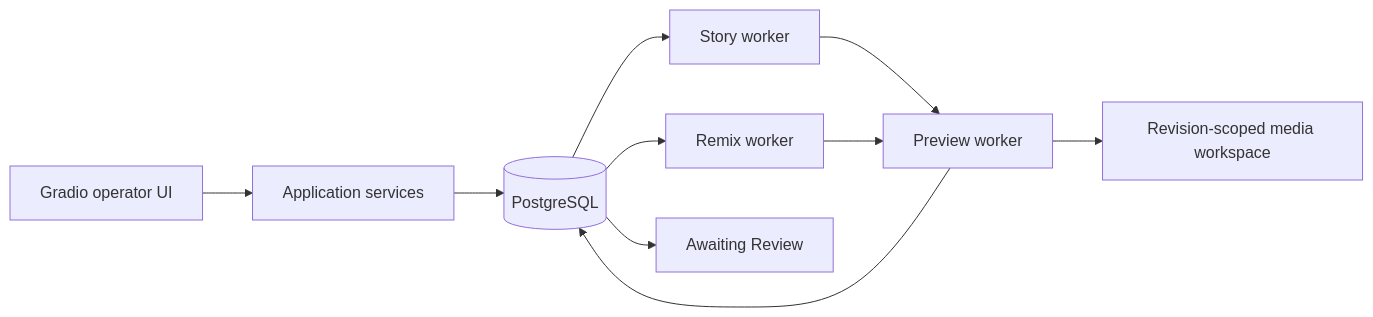
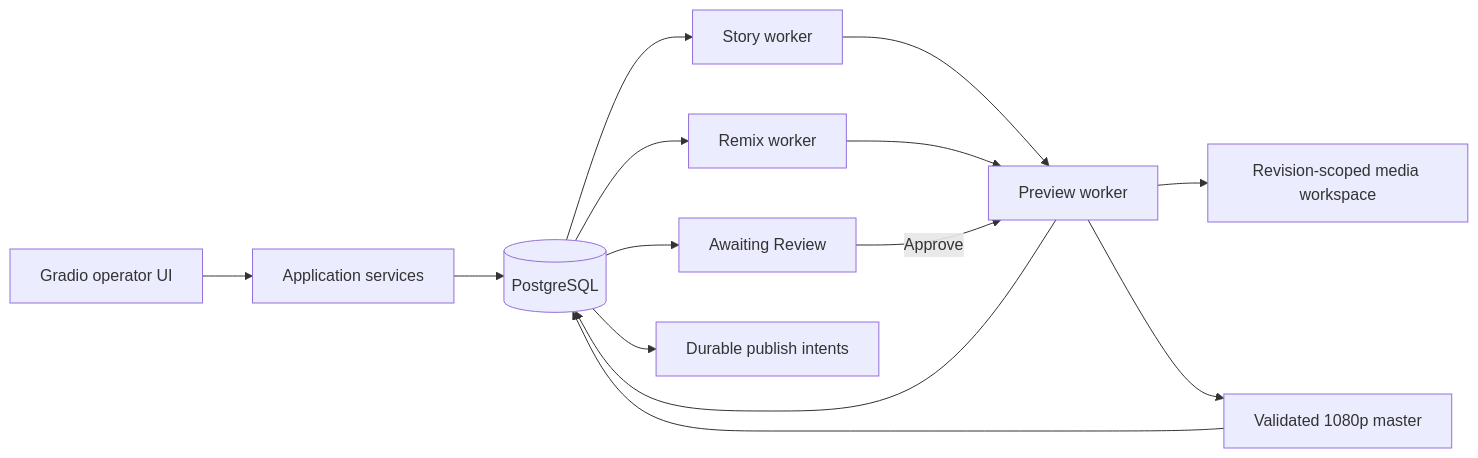
One commit to vanbui-2705/VideoOps-Studio changed the diagram in README.md. Above: the diagram before and after it, drawn with Mermaid. The commit also changed other lines of this file and 30 other files, not shown here.

Commit message:
feat(render): add review gate and master output

````diff
--- a/README.md
+++ b/README.md
@@ -24,12 +25,16 @@
 ```mermaid
 flowchart LR
     UI[Gradio operator UI] --> APP[Application services]
     APP --> DB[(PostgreSQL)]
     DB --> SQ[Story worker]
     DB --> RQ[Remix worker]
     SQ --> PW[Preview worker]
     RQ --> PW
     PW --> FS[Revision-scoped media workspace]
     PW --> DB
     DB --> REVIEW[Awaiting Review]
+    REVIEW -->|Approve| PW
+    PW --> MASTER[Validated 1080p master]
+    MASTER --> DB
+    DB --> PUBLISH[Durable publish intents]
 ```
````
